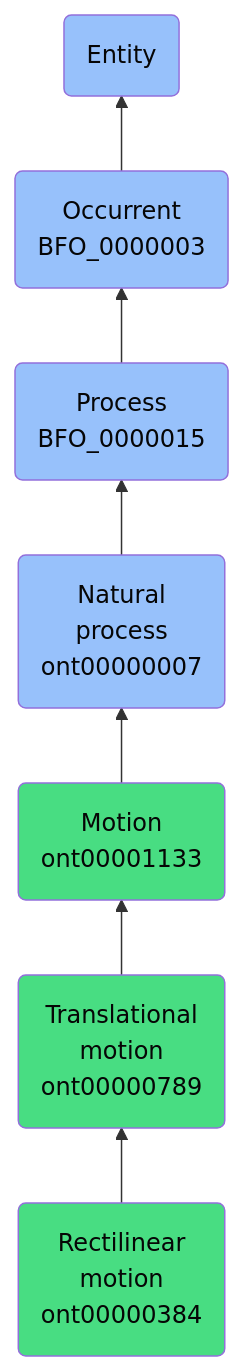
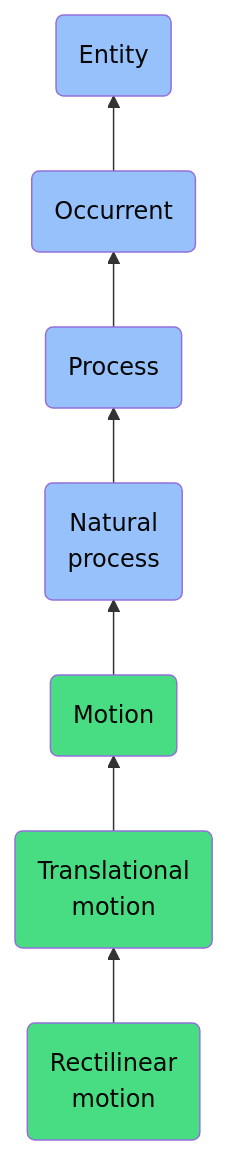
The diagram in docs/ontology/reference/model/Entity/Occurrent/Process/Natural process/Motion/Translational motion/Rectilinear motion/Rectilinear motion.md (jupyter-naas/abi), drawn with Mermaid before and after one commit. The commit also changed other lines of this file and 1430 other files, not shown here.

````diff
--- a/docs/ontology/reference/model/Entity/Occurrent/Process/Natural process/Motion/Translational motion/Rectilinear motion/Rectilinear motion.md
+++ b/docs/ontology/reference/model/Entity/Occurrent/Process/Natural process/Motion/Translational motion/Rectilinear motion/Rectilinear motion.md
@@ -24,14 +24,14 @@
 ```mermaid
 graph BT
-    ont00000384(Rectilinear<br>motion<br>ont00000384):::ABI-->ont00000789
-    ont00000789(Translational<br>motion<br>ont00000789):::ABI-->ont00001133
-    ont00001133(Motion<br>ont00001133):::ABI-->ont00000007
-    ont00000007(Natural<br>process<br>ont00000007):::BFO-->BFO_0000015
-    BFO_0000015(Process<br>BFO_0000015):::BFO-->BFO_0000003
-    BFO_0000003(Occurrent<br>BFO_0000003):::BFO-->BFO_0000001
+    ont00000384(Rectilinear<br>motion):::ABI-->ont00000789
+    ont00000789(Translational<br>motion):::ABI-->ont00001133
+    ont00001133(Motion):::ABI-->ont00000007
+    ont00000007(Natural<br>process):::BFO-->BFO_0000015
+    BFO_0000015(Process):::BFO-->BFO_0000003
+    BFO_0000003(Occurrent):::BFO-->BFO_0000001
     BFO_0000001(Entity):::BFO
     
     classDef BFO fill:#97c1fb,color:#060606
     classDef CCO fill:#e4c51e,color:#060606
     classDef ABI fill:#48DD82,color:#060606
 ```
````
